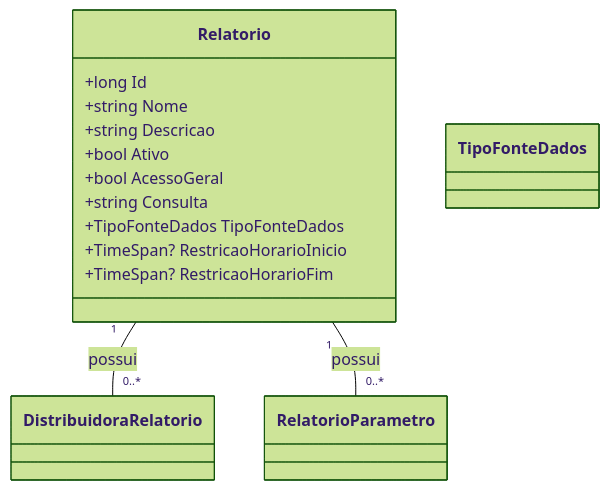
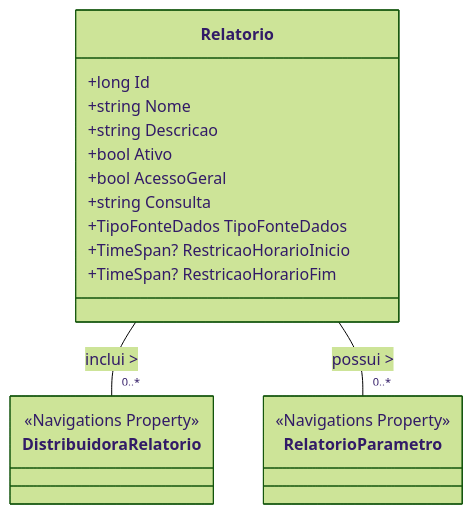
One commit to IsthmusSistemas/documentacao-tecnica changed the diagram in docs/b2b-dominio/IsthmusWinthor.Nucleo/IsthmusWinthor.Dominio/Entidades/Relatorio.md. Above: the diagram before and after it, drawn with Mermaid (forest theme). The commit also changed other lines of this file and 882 other files, not shown here.

````diff
--- a/docs/b2b-dominio/IsthmusWinthor.Nucleo/IsthmusWinthor.Dominio/Entidades/Relatorio.md
+++ b/docs/b2b-dominio/IsthmusWinthor.Nucleo/IsthmusWinthor.Dominio/Entidades/Relatorio.md
@@ -28,20 +23,25 @@
 ```mermaid
 classDiagram
     class Relatorio {
         +long Id
         +string Nome
         +string Descricao
         +bool Ativo
         +bool AcessoGeral
         +string Consulta
         +TipoFonteDados TipoFonteDados
         +TimeSpan? RestricaoHorarioInicio
         +TimeSpan? RestricaoHorarioFim
     }
-    class DistribuidoraRelatorio
-    class RelatorioParametro
-    class TipoFonteDados
 
-    Relatorio "1" -- "0..*" DistribuidoraRelatorio : possui
-    Relatorio "1" -- "0..*" RelatorioParametro : possui
-``` 
+    class DistribuidoraRelatorio {
+        <<Navigations Property>>
+    }
+    
+    class RelatorioParametro {
+        <<Navigations Property>>
+    }
+
+    Relatorio -- "0..*" DistribuidoraRelatorio : inclui >
+    Relatorio -- "0..*" RelatorioParametro : possui >
+```  
````
